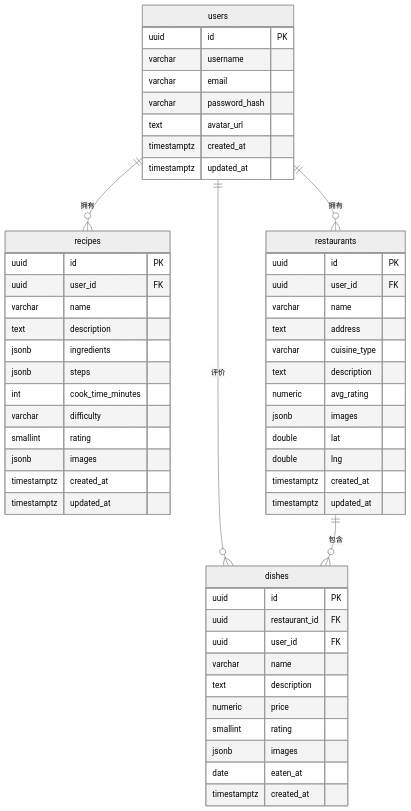
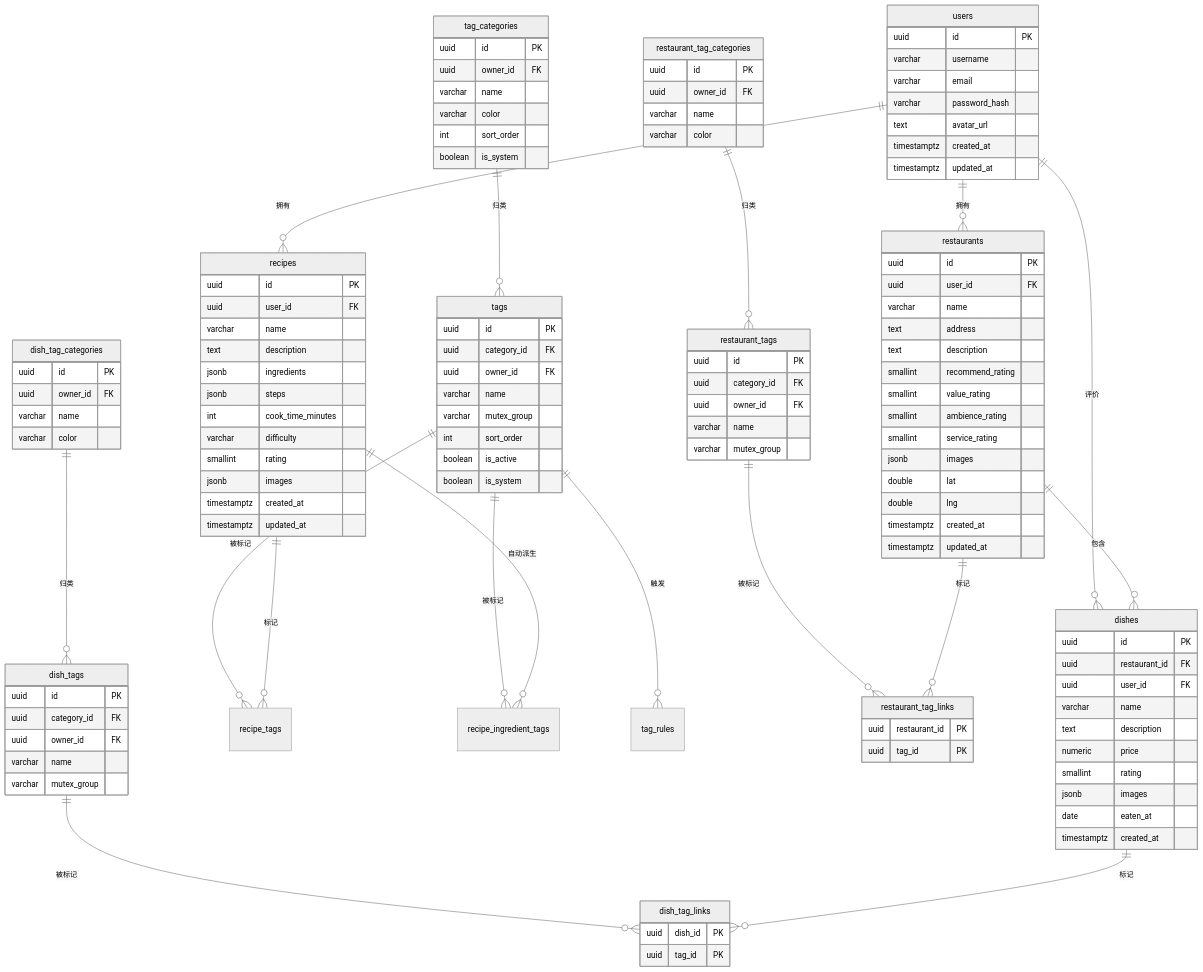
The diagram in docs/database.md (blue-cloud-net/food-log), drawn with Mermaid (neutral theme) before and after one commit. The commit also changed other lines of this file and 3 other files, not shown here.

````diff
--- a/docs/database.md
+++ b/docs/database.md
@@ -11,6 +11,21 @@
     users ||--o{ restaurants : "拥有"
     users ||--o{ dishes : "评价"
     restaurants ||--o{ dishes : "包含"
+
+    tag_categories ||--o{ tags : "归类"
+    tags ||--o{ recipe_tags : "被标记"
+    recipes ||--o{ recipe_tags : "标记"
+    tags ||--o{ recipe_ingredient_tags : "被标记"
+    recipes ||--o{ recipe_ingredient_tags : "自动派生"
+    tags ||--o{ tag_rules : "触发"
+
+    restaurant_tag_categories ||--o{ restaurant_tags : "归类"
+    restaurant_tags ||--o{ restaurant_tag_links : "被标记"
+    restaurants ||--o{ restaurant_tag_links : "标记"
+
+    dish_tag_categories ||--o{ dish_tags : "归类"
+    dish_tags ||--o{ dish_tag_links : "被标记"
+    dishes ||--o{ dish_tag_links : "标记"
 
     users {
         uuid id PK
@@ -40,9 +55,11 @@
         uuid user_id FK
         varchar name
         text address
-        varchar cuisine_type
         text description
-        numeric avg_rating
+        smallint recommend_rating
+        smallint value_rating
+        smallint ambience_rating
+        smallint service_rating
         jsonb images
         double lat
         double lng
@@ -61,4 +78,56 @@
         date eaten_at
         timestamptz created_at
     }
+    tag_categories {
+        uuid id PK
+        uuid owner_id FK
+        varchar name
+        varchar color
+        int sort_order
+        boolean is_system
+    }
+    tags {
+        uuid id PK
+        uuid category_id FK
+        uuid owner_id FK
+        varchar name
+        varchar mutex_group
+        int sort_order
+        boolean is_active
+        boolean is_system
+    }
+    restaurant_tag_categories {
+        uuid id PK
+        uuid owner_id FK
+        varchar name
+        varchar color
+    }
+    restaurant_tags {
+        uuid id PK
+        uuid category_id FK
+        uuid owner_id FK
+        varchar name
+        varchar mutex_group
+    }
+    restaurant_tag_links {
+        uuid restaurant_id PK
+        uuid tag_id PK
+    }
+    dish_tag_categories {
+        uuid id PK
+        uuid owner_id FK
+        varchar name
+        varchar color
+    }
+    dish_tags {
+        uuid id PK
+        uuid category_id FK
+        uuid owner_id FK
+        varchar name
+        varchar mutex_group
+    }
+    dish_tag_links {
+        uuid dish_id PK
+        uuid tag_id PK
+    }
 ```
````
